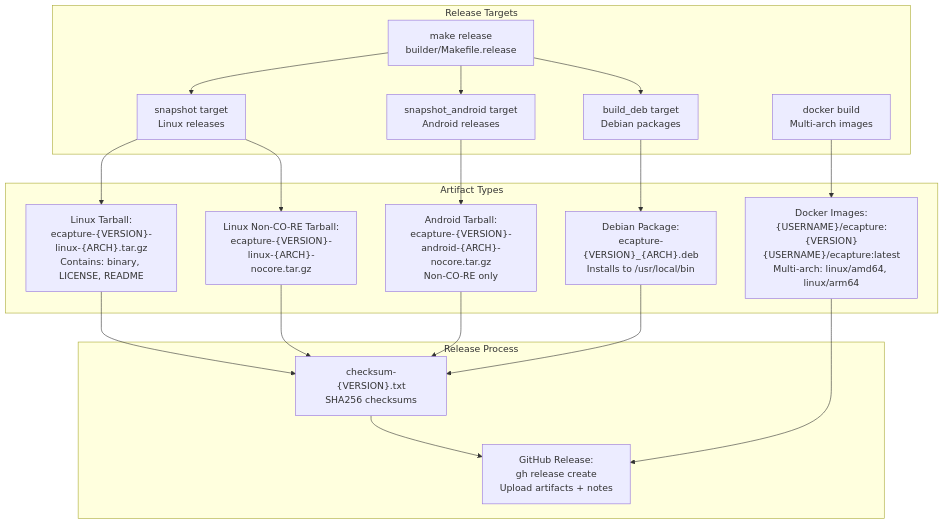
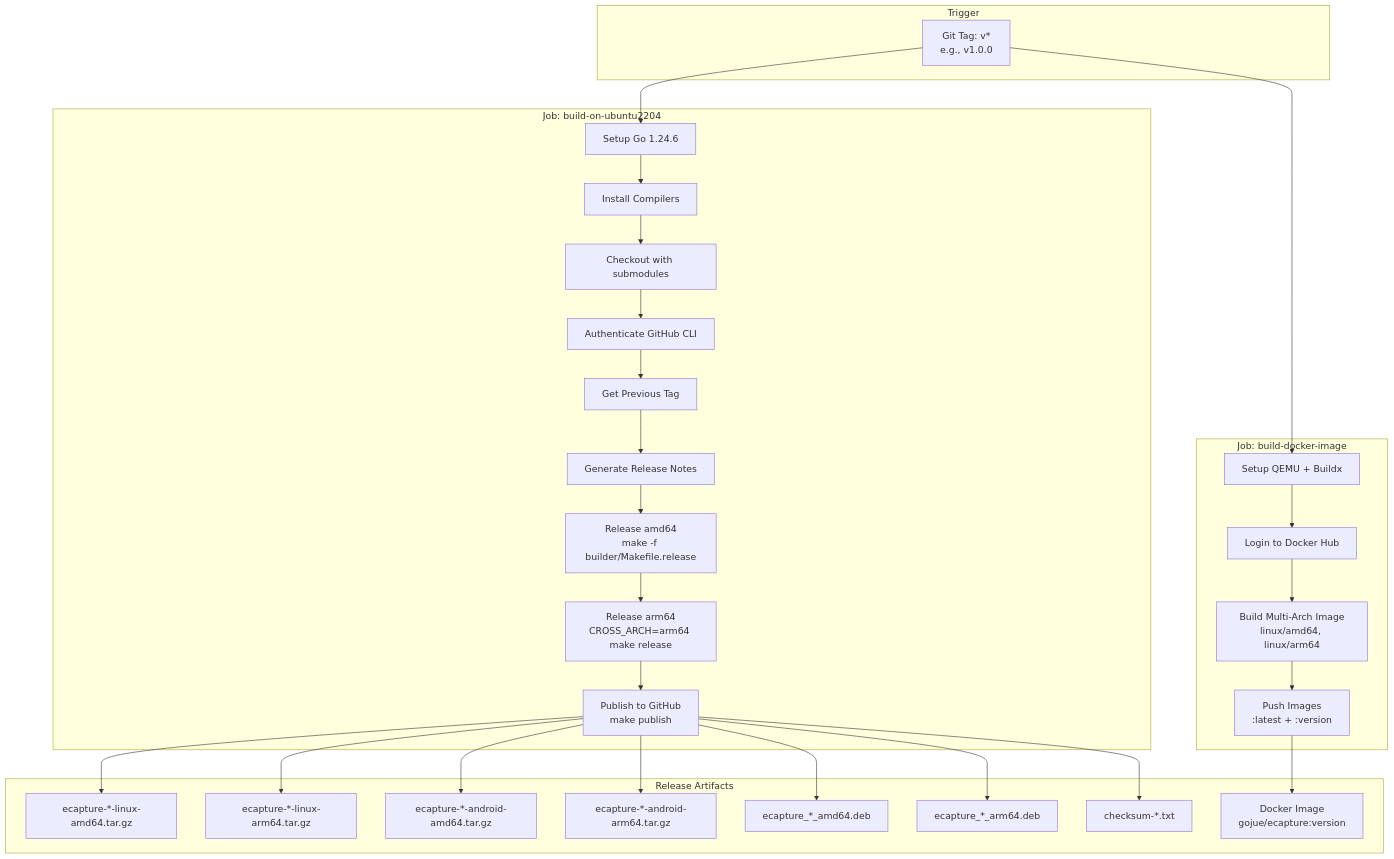
The sixth of 6 diagrams in src/en/5-development-guide/5.1-build-system.md (gojue/ecapture.cc), drawn with Mermaid before and after one commit. The commit also changed other lines of this file and 115 other files, not shown here.

````diff
--- a/src/en/5-development-guide/5.1-build-system.md
+++ b/src/en/5-development-guide/5.1-build-system.md
@@ -694,46 +695,62 @@
 ```mermaid
 graph TB
-    subgraph "Release Targets"
-        RELEASE["make release<br/>builder/Makefile.release"]
-        SNAPSHOT["snapshot target<br/>Linux releases"]
-        SNAPSHOT_AND["snapshot_android target<br/>Android releases"]
-        DEB["build_deb target<br/>Debian packages"]
-        DOCKER["docker build<br/>Multi-arch images"]
+    subgraph "Trigger"
+        TAG["Git Tag: v*<br/>e.g., v1.0.0"]
     end
     
-    subgraph "Artifact Types"
-        LINUX_TAR["Linux Tarball:<br/>ecapture-{VERSION}-linux-{ARCH}.tar.gz<br/>Contains: binary, LICENSE, README"]
+    subgraph "Job: build-on-ubuntu2204"
+        SETUP["Setup Go 1.24.6"]
+        INSTALL["Install Compilers"]
+        CHECKOUT["Checkout with submodules"]
+        AUTH["Authenticate GitHub CLI"]
+        PREV_TAG["Get Previous Tag"]
+        NOTES["Generate Release Notes"]
         
-        LINUX_NC_TAR["Linux Non-CO-RE Tarball:<br/>ecapture-{VERSION}-linux-{ARCH}-nocore.tar.gz"]
-        
-        ANDROID_TAR["Android Tarball:<br/>ecapture-{VERSION}-android-{ARCH}-nocore.tar.gz<br/>Non-CO-RE only"]
-        
-        DEB_PKG["Debian Package:<br/>ecapture-{VERSION}_{ARCH}.deb<br/>Installs to /usr/local/bin"]
-        
-        DOCKER_IMG["Docker Images:<br/>{USERNAME}/ecapture:{VERSION}<br/>{USERNAME}/ecapture:latest<br/>Multi-arch: linux/amd64, linux/arm64"]
+        RELEASE_AMD64["Release amd64<br/>make -f builder/Makefile.release"]
+        RELEASE_ARM64["Release arm64<br/>CROSS_ARCH=arm64 make release"]
+        PUBLISH["Publish to GitHub<br/>make publish"]
     end
     
-    subgraph "Release Process"
-        CHECKSUM["checksum-{VERSION}.txt<br/>SHA256 checksums"]
-        
-        GITHUB["GitHub Release:<br/>gh release create<br/>Upload artifacts + notes"]
+    subgraph "Job: build-docker-image"
+        DOCKER_SETUP["Setup QEMU + Buildx"]
+        DOCKER_LOGIN["Login to Docker Hub"]
+        DOCKER_BUILD["Build Multi-Arch Image<br/>linux/amd64, linux/arm64"]
+        DOCKER_PUSH["Push Images<br/>:latest + :version"]
     end
     
-    RELEASE --> SNAPSHOT
-    RELEASE --> SNAPSHOT_AND
-    RELEASE --> DEB
+    subgraph "Release Artifacts"
+        TAR_AMD64["ecapture-*-linux-amd64.tar.gz"]
+        TAR_ARM64["ecapture-*-linux-arm64.tar.gz"]
+        TAR_ANDROID_AMD64["ecapture-*-android-amd64.tar.gz"]
+        TAR_ANDROID_ARM64["ecapture-*-android-arm64.tar.gz"]
+        DEB_AMD64["ecapture_*_amd64.deb"]
+        DEB_ARM64["ecapture_*_arm64.deb"]
+        CHECKSUMS["checksum-*.txt"]
+        DOCKER_IMAGE["Docker Image<br/>gojue/ecapture:version"]
+    end
     
-    SNAPSHOT --> LINUX_TAR
-    SNAPSHOT --> LINUX_NC_TAR
-    SNAPSHOT_AND --> ANDROID_TAR
-    DEB --> DEB_PKG
-    DOCKER --> DOCKER_IMG
+    TAG --> SETUP
+    SETUP --> INSTALL
+    INSTALL --> CHECKOUT
+    CHECKOUT --> AUTH
+    AUTH --> PREV_TAG
+    PREV_TAG --> NOTES
+    NOTES --> RELEASE_AMD64
+    RELEASE_AMD64 --> RELEASE_ARM64
+    RELEASE_ARM64 --> PUBLISH
     
-    LINUX_TAR --> CHECKSUM
-    LINUX_NC_TAR --> CHECKSUM
-    ANDROID_TAR --> CHECKSUM
-    DEB_PKG --> CHECKSUM
+    TAG --> DOCKER_SETUP
+    DOCKER_SETUP --> DOCKER_LOGIN
+    DOCKER_LOGIN --> DOCKER_BUILD
+    DOCKER_BUILD --> DOCKER_PUSH
     
-    CHECKSUM --> GITHUB
-    DOCKER_IMG --> GITHUB
+    PUBLISH --> TAR_AMD64
+    PUBLISH --> TAR_ARM64
+    PUBLISH --> TAR_ANDROID_AMD64
+    PUBLISH --> TAR_ANDROID_ARM64
+    PUBLISH --> DEB_AMD64
+    PUBLISH --> DEB_ARM64
+    PUBLISH --> CHECKSUMS
+    
+    DOCKER_PUSH --> DOCKER_IMAGE
 ```
````
